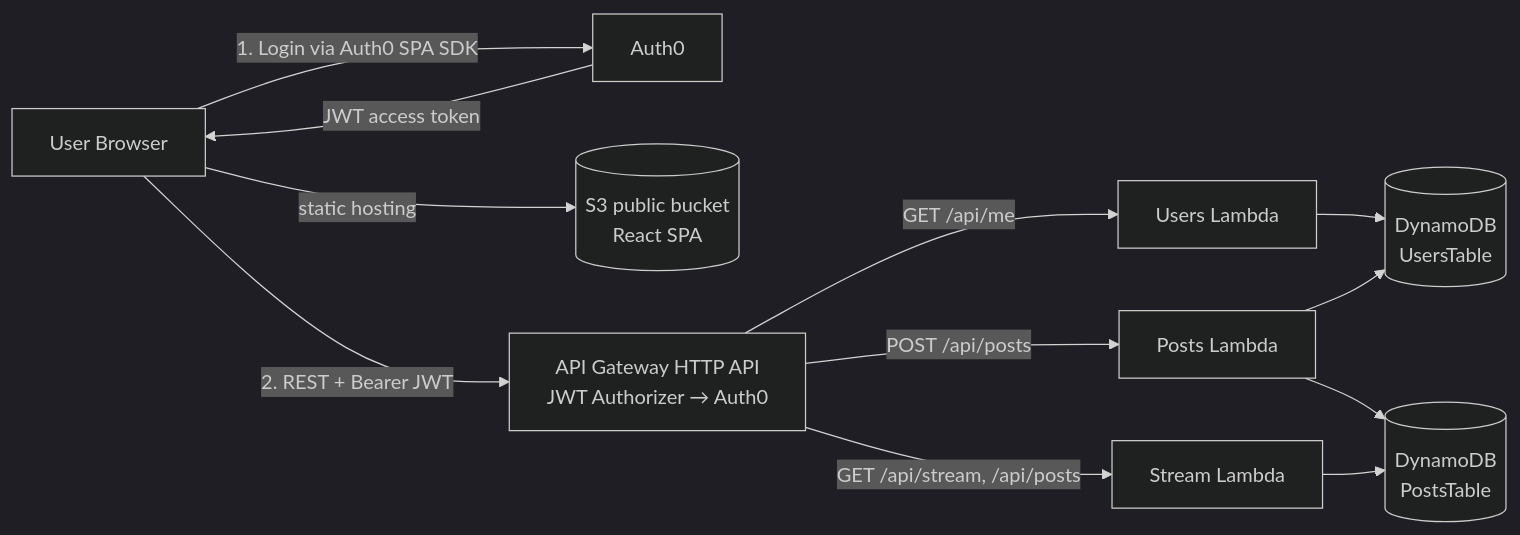
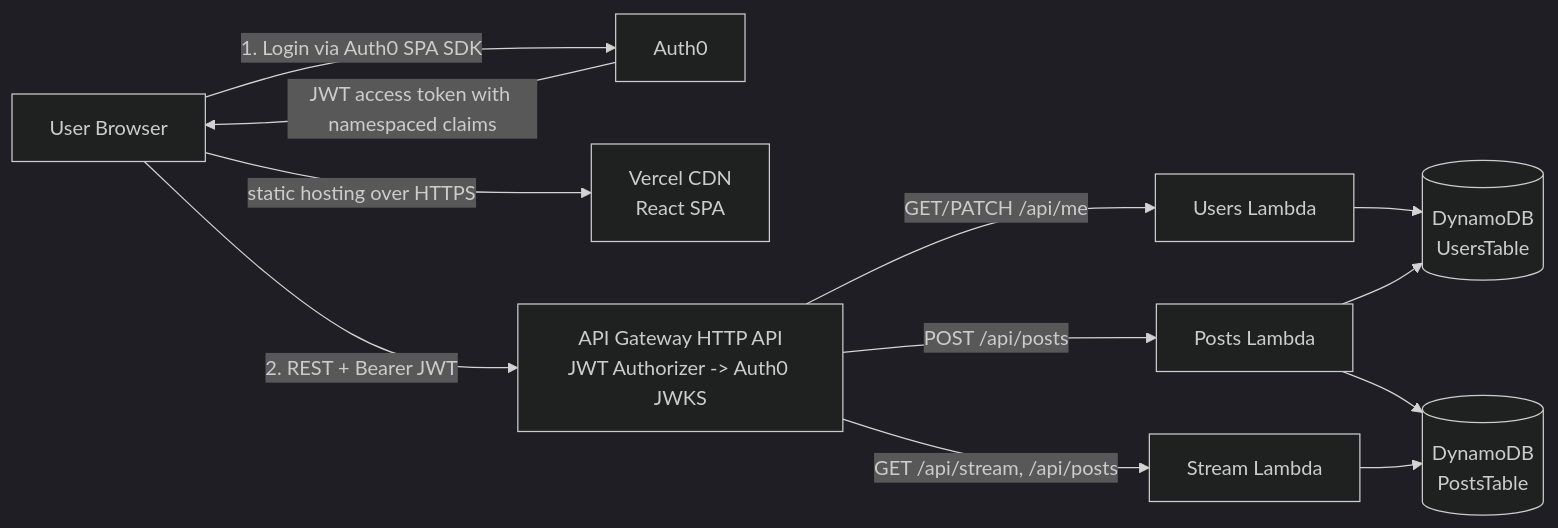
The first of 2 diagrams in README.md (DSBAENAR/microservices-twitter-auth0), drawn with Mermaid (dark theme) before and after one commit. The commit also changed other lines of this file, not shown here.

First line of the commit message:
docs(readme): live URLs, Vercel path, Learner Lab notes, evidence gallery

````diff
--- a/README.md
+++ b/README.md
@@ -29,16 +43,16 @@
 ```mermaid
 flowchart LR
     U[User Browser] -->|1. Login via Auth0 SPA SDK| A[Auth0]
-    A -->|JWT access token| U
-    U -->|static hosting| S3[(S3 public bucket<br/>React SPA)]
-    U -->|2. REST + Bearer JWT| G[API Gateway HTTP API<br/>JWT Authorizer → Auth0]
+    A -->|JWT access token with namespaced claims| U
+    U -->|static hosting over HTTPS| V[Vercel CDN<br/>React SPA]
+    U -->|2. REST + Bearer JWT| G[API Gateway HTTP API<br/>JWT Authorizer -> Auth0 JWKS]
 
-    G -->|GET /api/me| UF[Users Lambda]
+    G -->|GET/PATCH /api/me| UF[Users Lambda]
     G -->|POST /api/posts| PF[Posts Lambda]
     G -->|GET /api/stream, /api/posts| SF[Stream Lambda]
 
     UF --> UT[(DynamoDB<br/>UsersTable)]
     PF --> UT
     PF --> PT[(DynamoDB<br/>PostsTable)]
     SF --> PT
 ```
````
